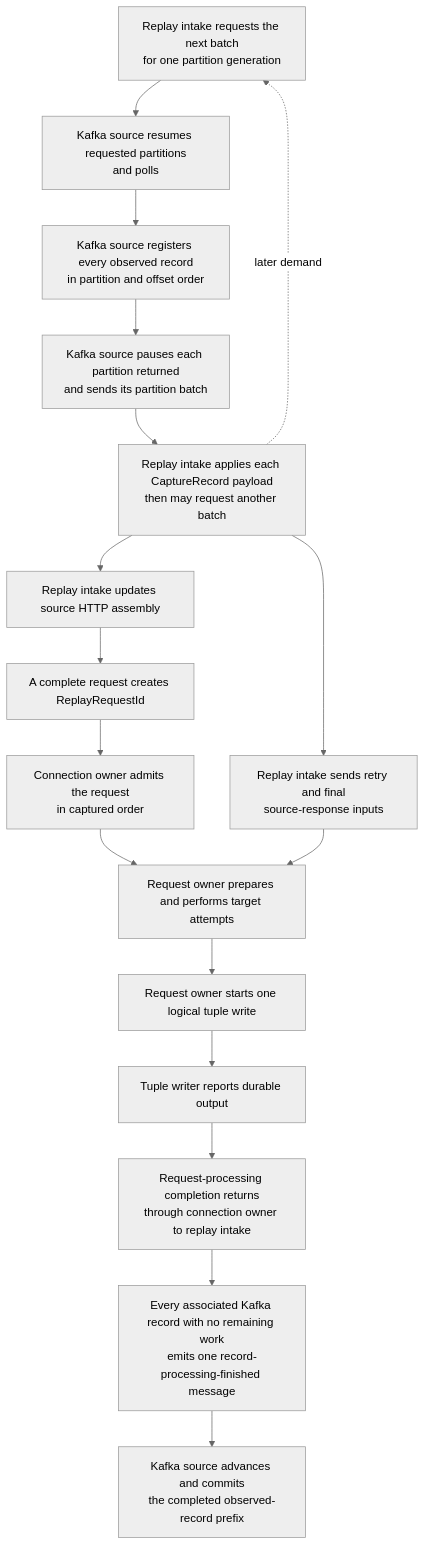
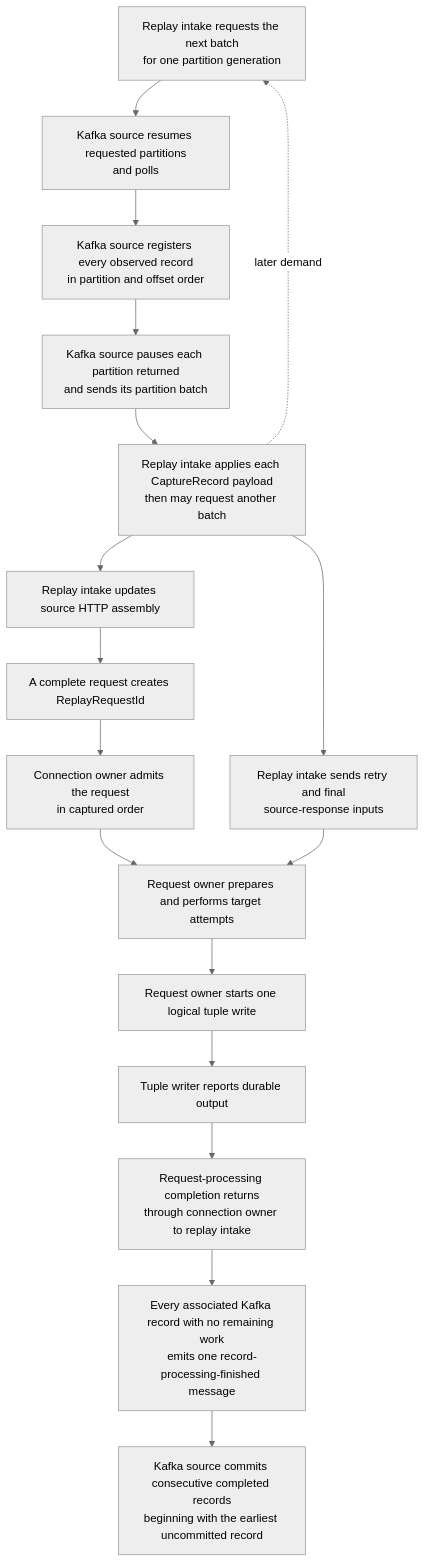
The diagram in docs/captureAndReplay/replayerLowLevelDesign.md (opensearch-project/opensearch-migrations), drawn with Mermaid (neutral theme) before and after one commit. The commit also changed other lines of this file and 9 other files, not shown here.

````diff
--- a/docs/captureAndReplay/replayerLowLevelDesign.md
+++ b/docs/captureAndReplay/replayerLowLevelDesign.md
@@ -99,35 +100,35 @@
 ```mermaid
 flowchart TD
     Demand["Replay intake requests the next batch<br/>for one partition generation"]
     Poll["Kafka source resumes requested partitions<br/>and polls"]
     Register["Kafka source registers every observed record<br/>in partition and offset order"]
     Deliver["Kafka source pauses each partition returned<br/>and sends its partition batch"]
     Apply["Replay intake applies each CaptureRecord payload<br/>then may request another batch"]
     Accumulate["Replay intake updates source HTTP assembly"]
     Request["A complete request creates ReplayRequestId"]
     Admit["Connection owner admits the request<br/>in captured order"]
     Attempt["Request owner prepares and performs target attempts"]
     Response["Replay intake sends retry and final<br/>source-response inputs"]
     Tuple["Request owner starts one logical tuple write"]
     Durable["Tuple writer reports durable output"]
     Finish["Request-processing completion returns<br/>through connection owner to replay intake"]
     Ready["Every associated Kafka record with no remaining work<br/>emits one record-processing-finished message"]
-    Commit["Kafka source advances and commits<br/>the completed observed-record prefix"]
+    Commit["Kafka source commits consecutive completed records<br/>beginning with the earliest uncommitted record"]
 
     Demand --> Poll
     Poll --> Register
     Register --> Deliver
     Deliver --> Apply
     Apply -. "later demand" .-> Demand
     Apply --> Accumulate
     Accumulate --> Request
     Request --> Admit
     Admit --> Attempt
     Apply --> Response
     Response --> Attempt
     Attempt --> Tuple
     Tuple --> Durable
     Durable --> Finish
     Finish --> Ready
     Ready --> Commit
 ```
````
